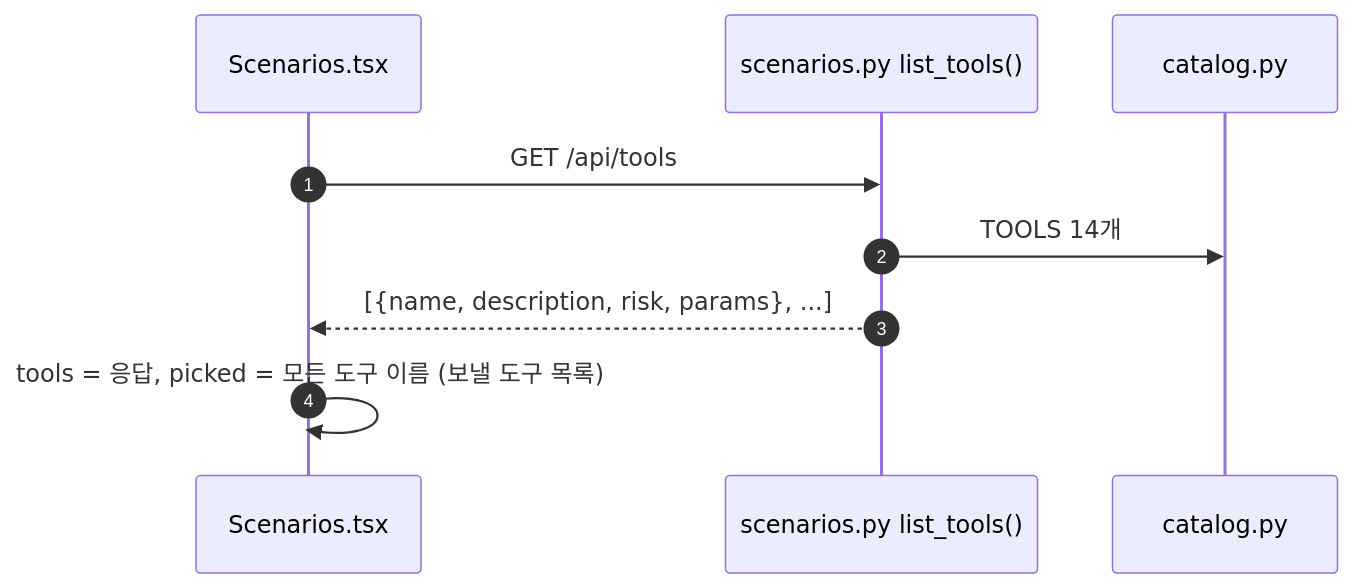
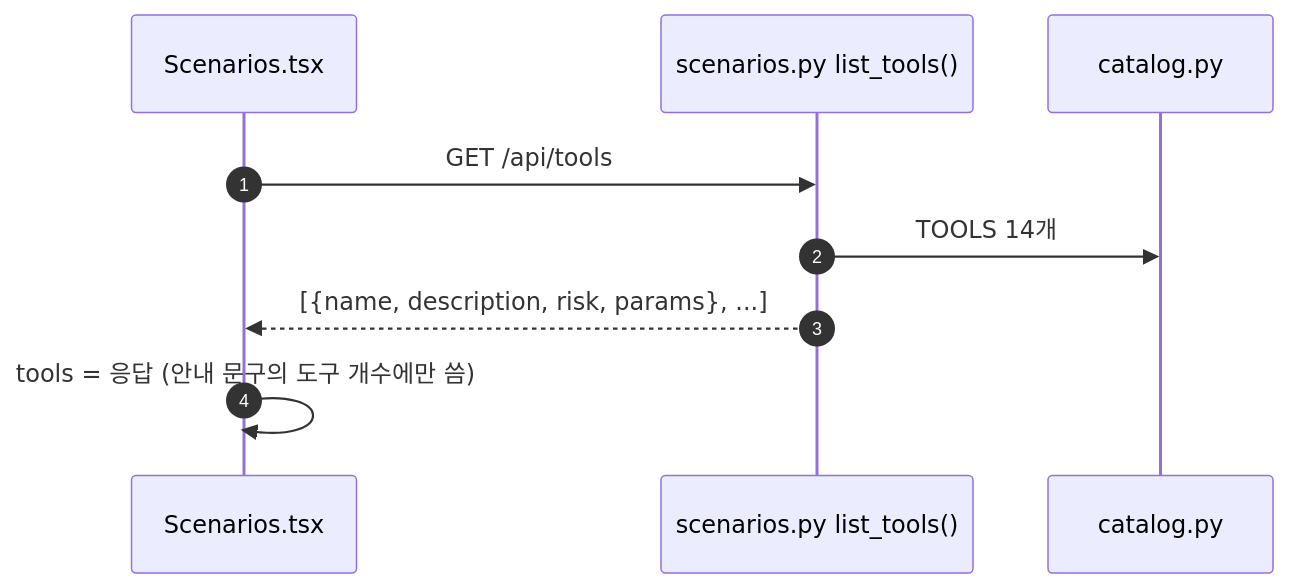
Before and after one commit to hailey-03/agentfence: the first of 2 diagrams in docs/sequence/03-scenario-create.md, drawn with Mermaid. The commit also changed other lines of this file and 5 other files, not shown here.

````diff
--- a/docs/sequence/03-scenario-create.md
+++ b/docs/sequence/03-scenario-create.md
@@ -30,12 +30,12 @@
 ```mermaid
 sequenceDiagram
     autonumber
     participant NS as Scenarios.tsx
     participant SC as scenarios.py list_tools()
     participant CA as catalog.py
 
     NS->>SC: GET /api/tools
     SC->>CA: TOOLS 14개
     SC-->>NS: [{name, description, risk, params}, ...]
-    NS->>NS: tools = 응답, picked = 모든 도구 이름 (보낼 도구 목록)
+    NS->>NS: tools = 응답 (안내 문구의 도구 개수에만 씀)
 ```
````
